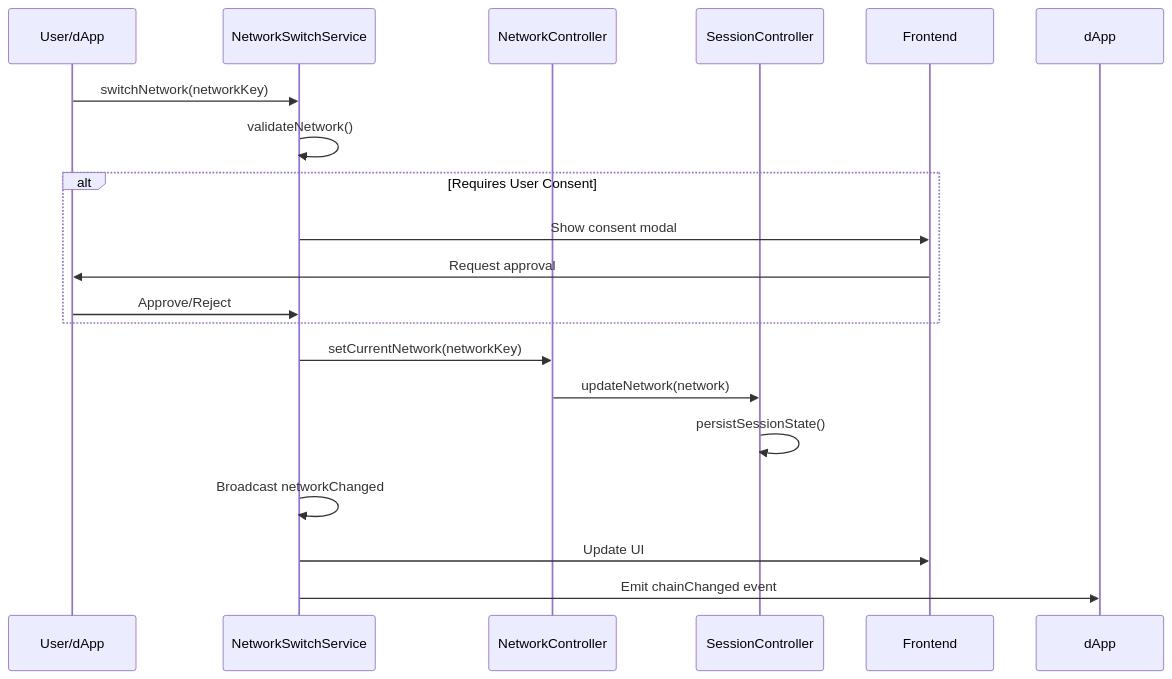
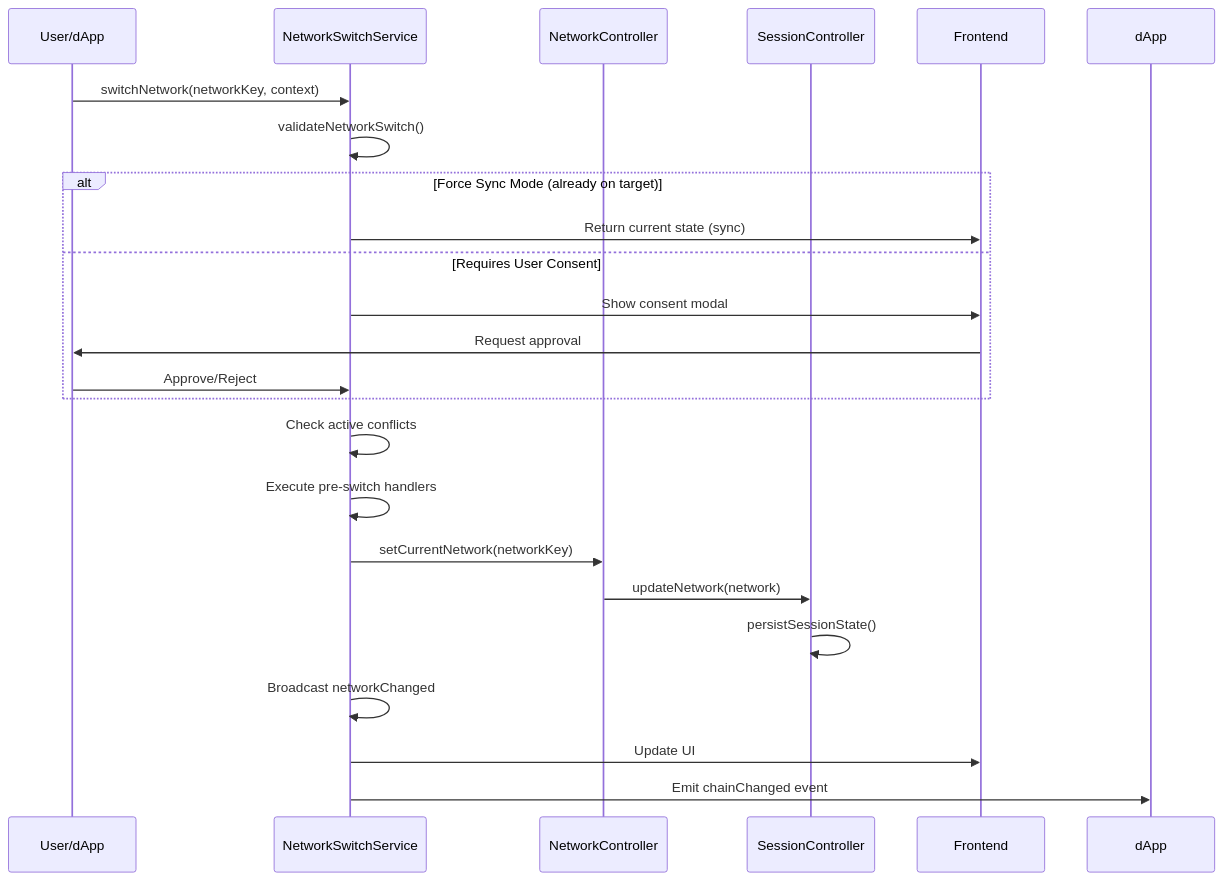
One commit to SuperSafeWallet/SuperSafe-Docs changed the diagram in doc-sources/BLOCKCHAIN_OPERATIONS.md. Above: the diagram before and after it, drawn with Mermaid. The commit also changed other lines of this file and 85 other files, not shown here.

````diff
--- a/doc-sources/BLOCKCHAIN_OPERATIONS.md
+++ b/doc-sources/BLOCKCHAIN_OPERATIONS.md
@@ -88,25 +169,29 @@
 ```mermaid
 sequenceDiagram
     participant U as User/dApp
     participant NS as NetworkSwitchService
     participant NC as NetworkController
     participant SC as SessionController
     participant UI as Frontend
 
-    U->>NS: switchNetwork(networkKey)
-    NS->>NS: validateNetwork()
+    U->>NS: switchNetwork(networkKey, context)
+    NS->>NS: validateNetworkSwitch()
     
-    alt Requires User Consent
+    alt Force Sync Mode (already on target)
+        NS->>UI: Return current state (sync)
+    else Requires User Consent
         NS->>UI: Show consent modal
         UI->>U: Request approval
         U->>NS: Approve/Reject
     end
     
+    NS->>NS: Check active conflicts
+    NS->>NS: Execute pre-switch handlers
     NS->>NC: setCurrentNetwork(networkKey)
     NC->>SC: updateNetwork(network)
     SC->>SC: persistSessionState()
     
     NS->>NS: Broadcast networkChanged
     NS->>UI: Update UI
     NS->>dApp: Emit chainChanged event
 ```
````
